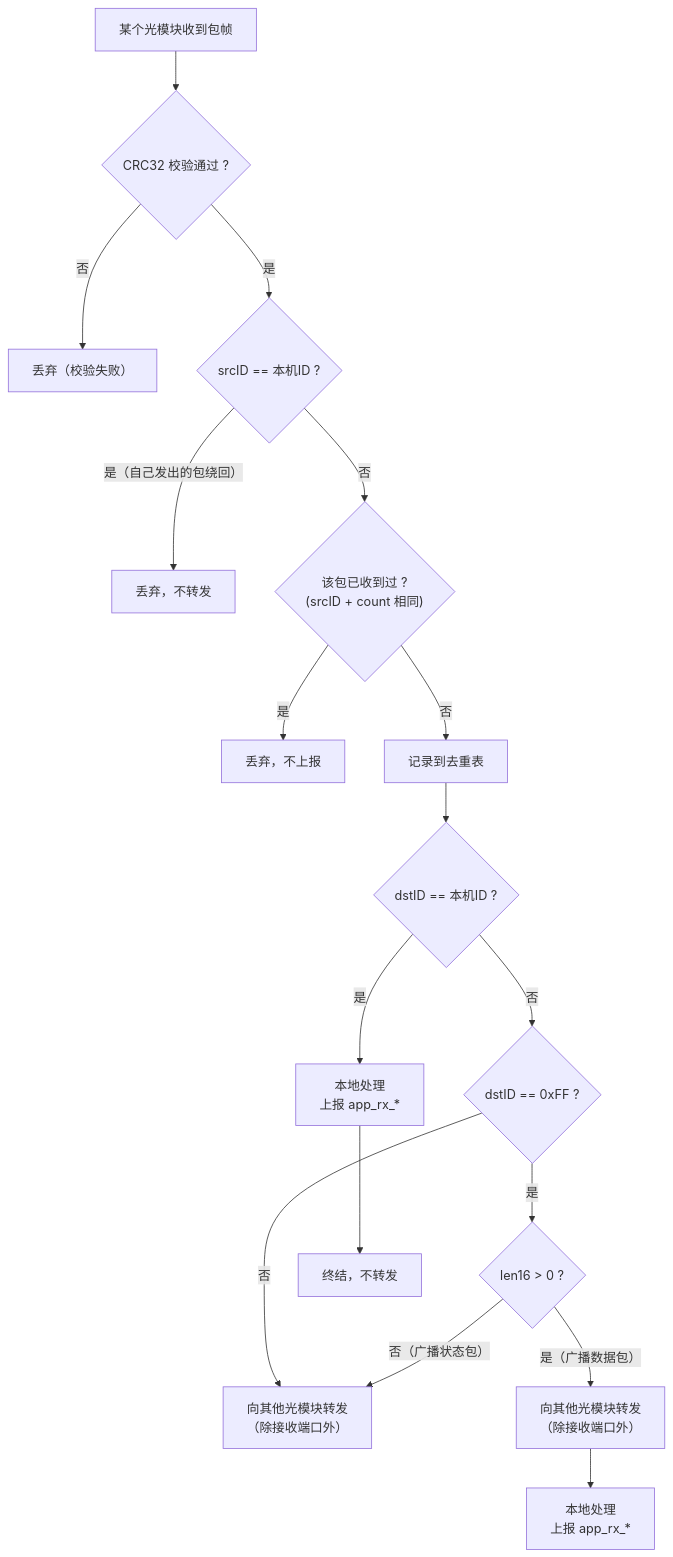
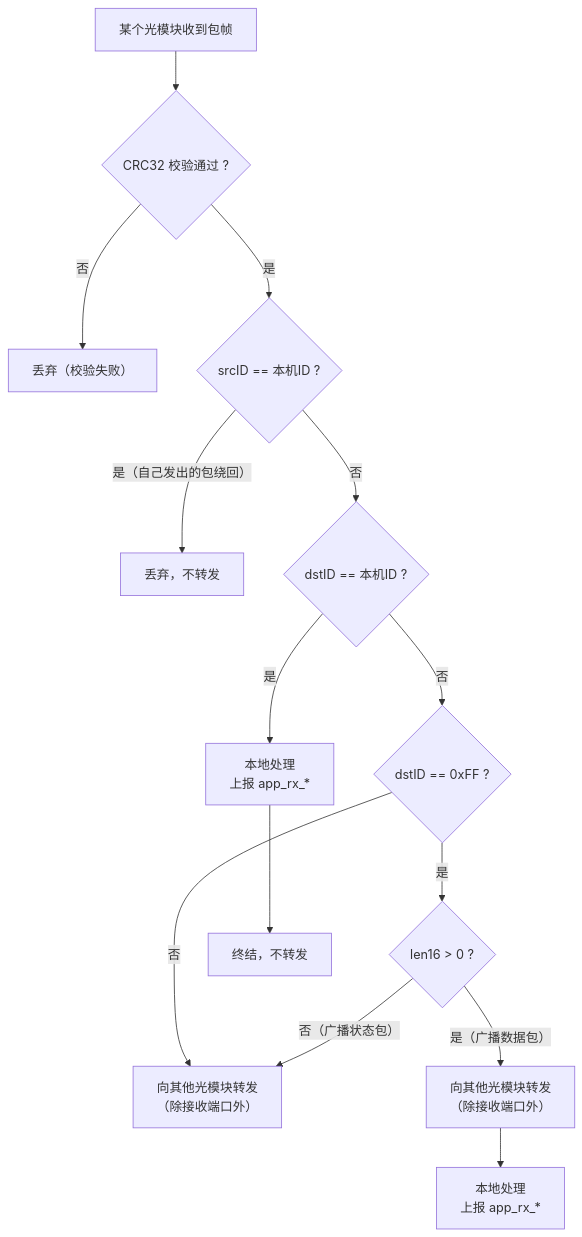
One commit to RBzhang/network_8 changed the third of 7 diagrams in docs/architecture.md. Above: the diagram before and after it, drawn with Mermaid. The commit also changed other lines of this file and 12 other files, not shown here.

````diff
--- a/docs/architecture.md
+++ b/docs/architecture.md
@@ -171,19 +171,16 @@
 ```mermaid
 flowchart TD
     R["某个光模块收到包帧"] --> CRC{"CRC32 校验通过 ?"}
     CRC -- 否 --> E0["丢弃（校验失败）"]
     CRC -- 是 --> S{"srcID == 本机ID ?"}
     S -- 是（自己发出的包绕回）--> E1["丢弃，不转发"]
-    S -- 否 --> DUP{"该包已收到过 ?<br/>(srcID + count 相同)"}
-    DUP -- 是 --> E3["丢弃，不上报"]
-    DUP -- 否 --> INS["记录到去重表"]
-    INS --> C{"dstID == 本机ID ?"}
+    S -- 否 --> C{"dstID == 本机ID ?"}
     C -- 是 --> A["本地处理<br/>上报 app_rx_*"]
     C -- 否 --> B{"dstID == 0xFF ?"}
     B -- 否 --> FWD["向其他光模块转发<br/>（除接收端口外）"]
     B -- 是 --> L{"len16 > 0 ?"}
     L -- 是（广播数据包）--> BF["向其他光模块转发<br/>（除接收端口外）"]
     BF --> BA["本地处理<br/>上报 app_rx_*"]
     L -- 否（广播状态包）--> FWD
     A --> E2["终结，不转发"]
 ```
````
